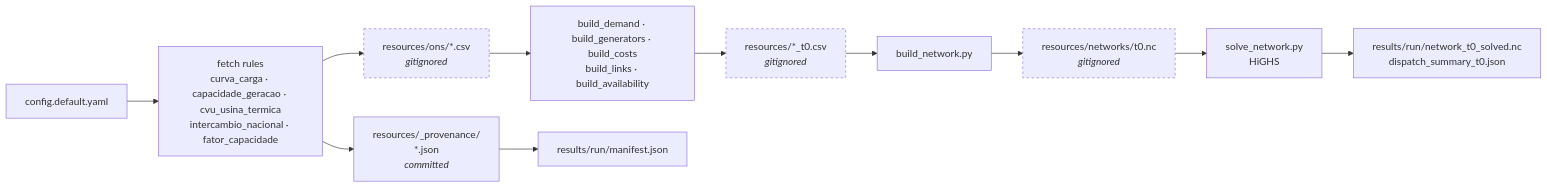
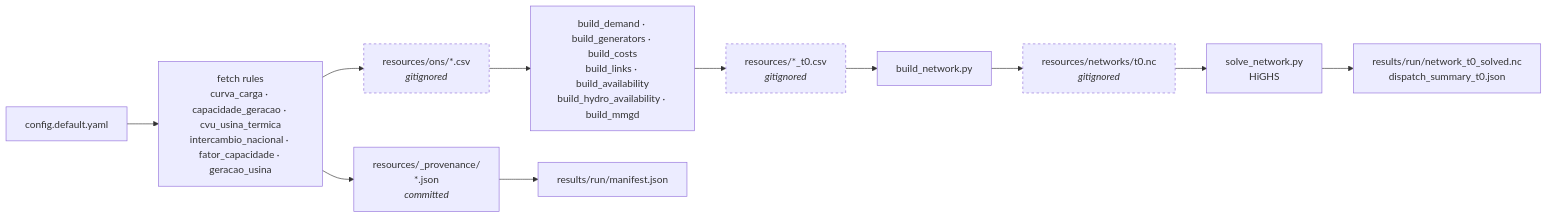
Before and after one commit to leonardovbonatto/pypsa-meets-brazil: the first of 12 diagrams in docs/STACK.md, drawn with Mermaid. The commit also changed other lines of this file and 2 other files, not shown here.

````diff
--- a/docs/STACK.md
+++ b/docs/STACK.md
@@ -57,17 +61,17 @@
 ```mermaid
 flowchart LR
-    A["config.default.yaml"] --> B["fetch rules<br/>curva_carga · capacidade_geracao · cvu_usina_termica<br/>intercambio_nacional · fator_capacidade"]
+    A["config.default.yaml"] --> B["fetch rules<br/>curva_carga · capacidade_geracao · cvu_usina_termica<br/>intercambio_nacional · fator_capacidade · geracao_usina"]
     B --> C["resources/ons/*.csv<br/><i>gitignored</i>"]
     B --> D["resources/_provenance/<br/>*.json<br/><i>committed</i>"]
-    C --> E["build_demand · build_generators · build_costs<br/>build_links · build_availability"]
+    C --> E["build_demand · build_generators · build_costs<br/>build_links · build_availability<br/>build_hydro_availability · build_mmgd"]
     E --> F["resources/*_t0.csv<br/><i>gitignored</i>"]
     F --> J["build_network.py"]
     J --> K["resources/networks/t0.nc<br/><i>gitignored</i>"]
     K --> L["solve_network.py<br/>HiGHS"]
     L --> M["results/run/network_t0_solved.nc<br/>dispatch_summary_t0.json"]
     D --> G["results/run/manifest.json"]
 
     style C stroke-dasharray: 4 4
     style F stroke-dasharray: 4 4
     style K stroke-dasharray: 4 4
 ```
````
